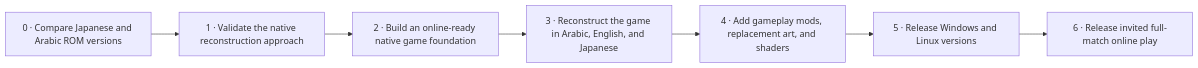
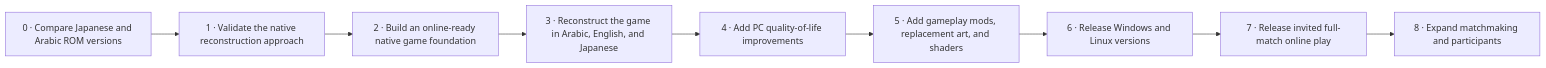
The diagram in docs/ROADMAP.md (ahmeddangerman/Captain-Majid), drawn with Mermaid before and after one commit. The commit also changed other lines of this file and 22 other files, not shown here.

Commit message:
feat: add native action menu and update roadmap

````diff
--- a/docs/ROADMAP.md
+++ b/docs/ROADMAP.md
@@ -19,9 +23,11 @@
 ```mermaid
 flowchart LR
     A["0 · Compare Japanese and Arabic ROM versions"] --> B["1 · Validate the native reconstruction approach"]
     B --> C["2 · Build an online-ready native game foundation"]
     C --> D["3 · Reconstruct the game in Arabic, English, and Japanese"]
-    D --> E["4 · Add gameplay mods, replacement art, and shaders"]
-    E --> F["5 · Release Windows and Linux versions"]
-    F --> G["6 · Release invited full-match online play"]
+    D --> E["4 · Add PC quality-of-life improvements"]
+    E --> F["5 · Add gameplay mods, replacement art, and shaders"]
+    F --> G["6 · Release Windows and Linux versions"]
+    G --> H["7 · Release invited full-match online play"]
+    H --> I["8 · Expand matchmaking and participants"]
 ```
````
